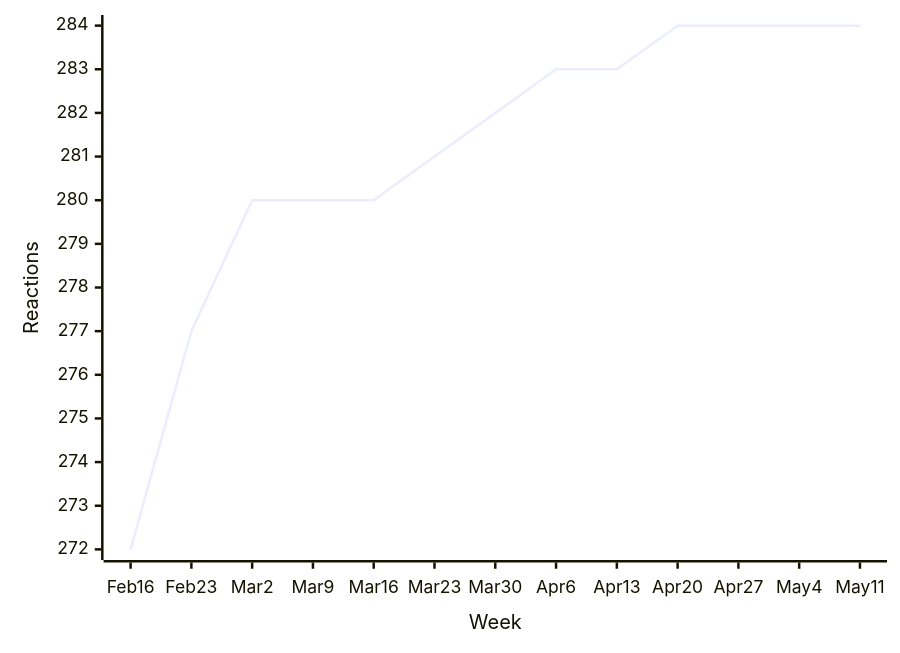
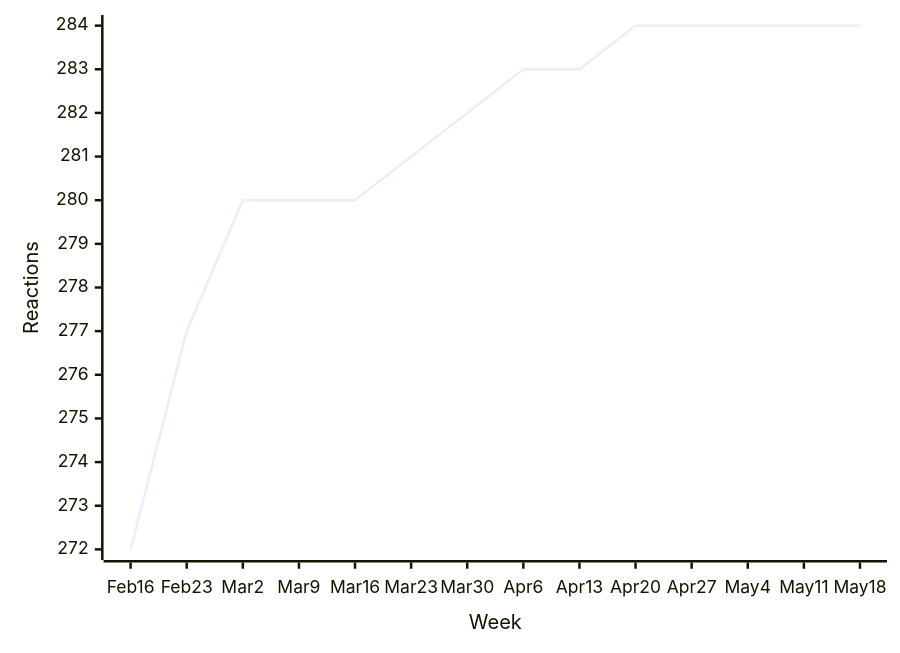
Diagram 11 of 49 in README.md (loic-sharma/github-insights), drawn with Mermaid before and after one commit. The commit also changed other lines of this file and 3 other files, not shown here.

````diff
--- a/README.md
+++ b/README.md
@@ -509,6 +509,6 @@
   ```mermaid
   xychart-beta
-    x-axis "Week" [Feb 16, Feb 23, Mar 2, Mar 9, Mar 16, Mar 23, Mar 30, Apr 6, Apr 13, Apr 20, Apr 27, May 4, May 11]
+    x-axis "Week" [Feb 16, Feb 23, Mar 2, Mar 9, Mar 16, Mar 23, Mar 30, Apr 6, Apr 13, Apr 20, Apr 27, May 4, May 11, May 18]
     y-axis "Reactions"
-    line [272, 277, 280, 280, 280, 281, 282, 283, 283, 284, 284, 284, 284]
+    line [272, 277, 280, 280, 280, 281, 282, 283, 283, 284, 284, 284, 284, 284]
   ```
````
